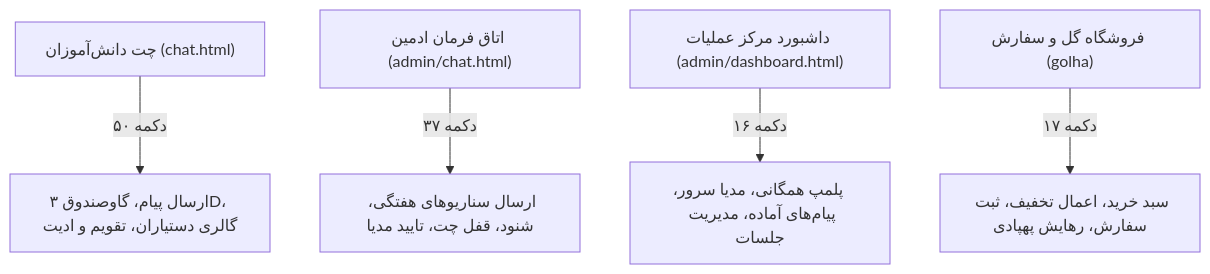
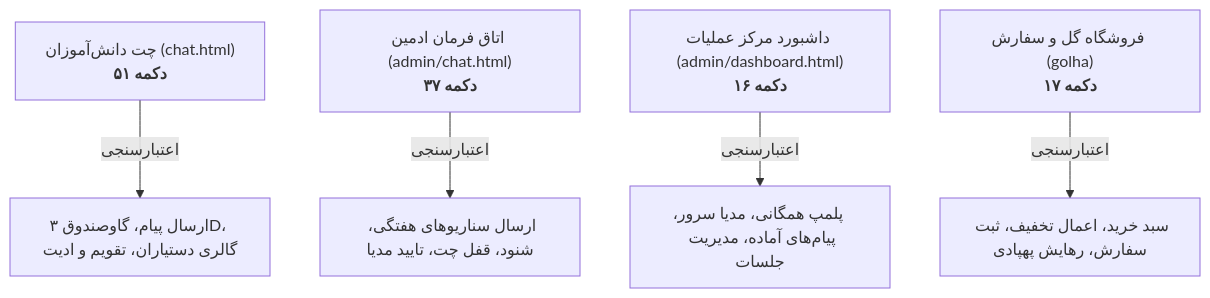
One commit to elyas5203/RazeDehkade changed the diagram in MASTER_BUTTONS_AND_OUTPUTS_MATRIX.md. Above: the diagram before and after it, drawn with Mermaid. The commit also changed other lines of this file, not shown here.

````diff
--- a/MASTER_BUTTONS_AND_OUTPUTS_MATRIX.md
+++ b/MASTER_BUTTONS_AND_OUTPUTS_MATRIX.md
@@ -9,7 +9,7 @@
 ```mermaid
 graph TD
-    UserChat["چت دانش‌آموزان (chat.html)"] --> |۵۰ دکمه| CoreUser["ارسال پیام، گاوصندوق ۳D، گالری دستیاران، تقویم و ادیت"]
-    AdminChat["اتاق فرمان ادمین (admin/chat.html)"] --> |۳۷ دکمه| CoreAdmin["ارسال سناریوهای هفتگی، شنود، قفل چت، تایید مدیا"]
-    AdminDash["داشبورد مرکز عملیات (admin/dashboard.html)"] --> |۱۶ دکمه| CoreDash["پلمپ همگانی، مدیا سرور، پیام‌های آماده، مدیریت جلسات"]
-    Store["فروشگاه گل و سفارش (golha)"] --> |۱۷ دکمه| CoreStore["سبد خرید، اعمال تخفیف، ثبت سفارش، رهایش پهپادی"]
+    UserChat["چت دانش‌آموزان (chat.html)<br/><b>۵۱ دکمه</b>"] --> |اعتبارسنجی| CoreUser["ارسال پیام، گاوصندوق ۳D، گالری دستیاران، تقویم و ادیت"]
+    AdminChat["اتاق فرمان ادمین (admin/chat.html)<br/><b>۳۷ دکمه</b>"] --> |اعتبارسنجی| CoreAdmin["ارسال سناریوهای هفتگی، شنود، قفل چت، تایید مدیا"]
+    AdminDash["داشبورد مرکز عملیات (admin/dashboard.html)<br/><b>۱۶ دکمه</b>"] --> |اعتبارسنجی| CoreDash["پلمپ همگانی، مدیا سرور، پیام‌های آماده، مدیریت جلسات"]
+    Store["فروشگاه گل و سفارش (golha)<br/><b>۱۷ دکمه</b>"] --> |اعتبارسنجی| CoreStore["سبد خرید، اعمال تخفیف، ثبت سفارش، رهایش پهپادی"]
 ```
````
